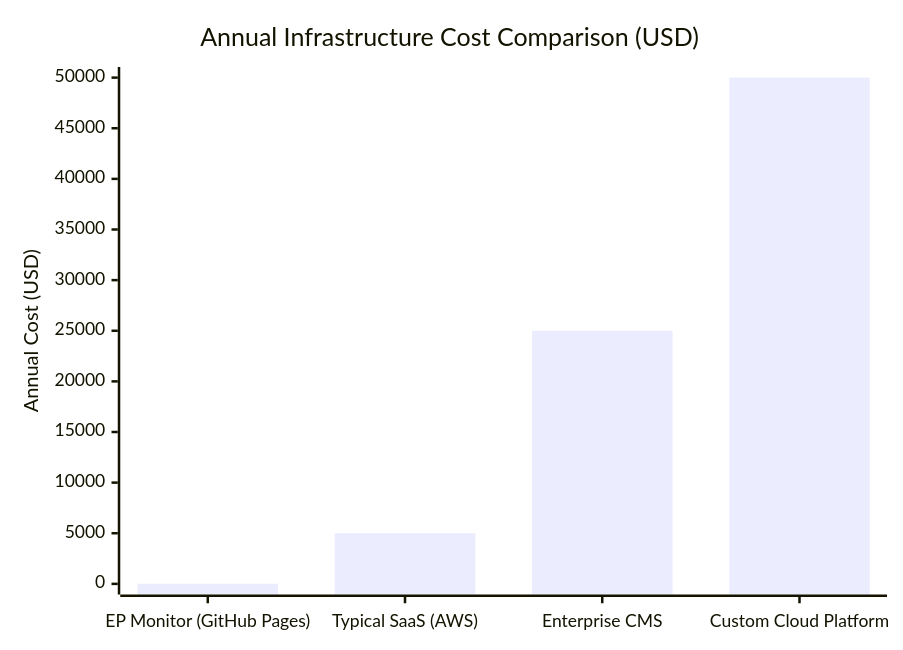
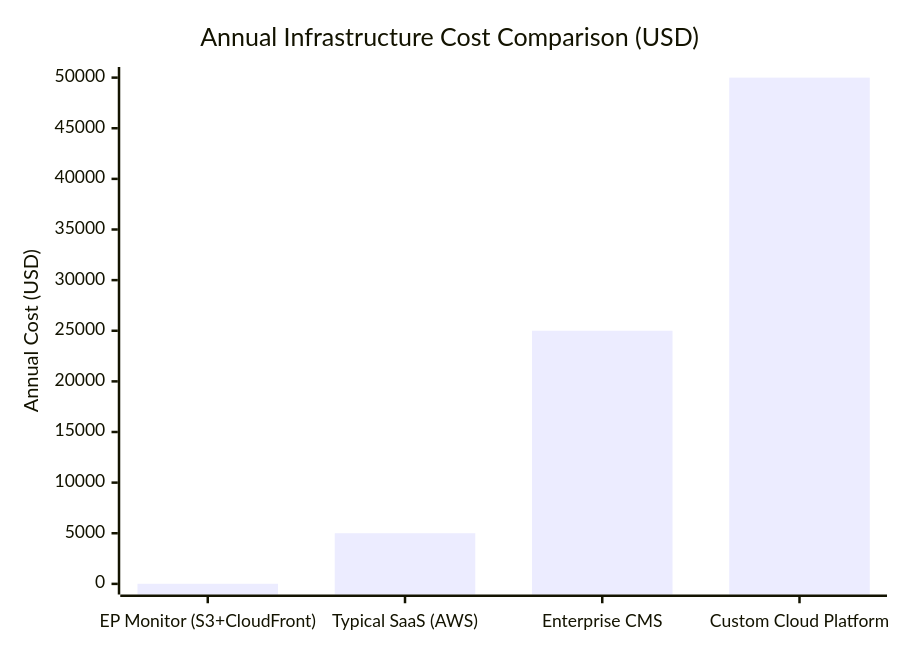
One commit to Hack23/euparliamentmonitor changed the second of 4 diagrams in FinancialSecurityPlan.md. Above: the diagram before and after it, drawn with Mermaid. The commit also changed other lines of this file and 1 other file, not shown here.

````diff
--- a/FinancialSecurityPlan.md
+++ b/FinancialSecurityPlan.md
@@ -101,7 +101,7 @@
 ```mermaid
 xychart-beta
     title "Annual Infrastructure Cost Comparison (USD)"
-    x-axis ["EP Monitor (GitHub Pages)", "Typical SaaS (AWS)", "Enterprise CMS", "Custom Cloud Platform"]
+    x-axis ["EP Monitor (S3+CloudFront)", "Typical SaaS (AWS)", "Enterprise CMS", "Custom Cloud Platform"]
     y-axis "Annual Cost (USD)" 0 --> 50000
     bar [12, 5000, 25000, 50000]
 ```
````
